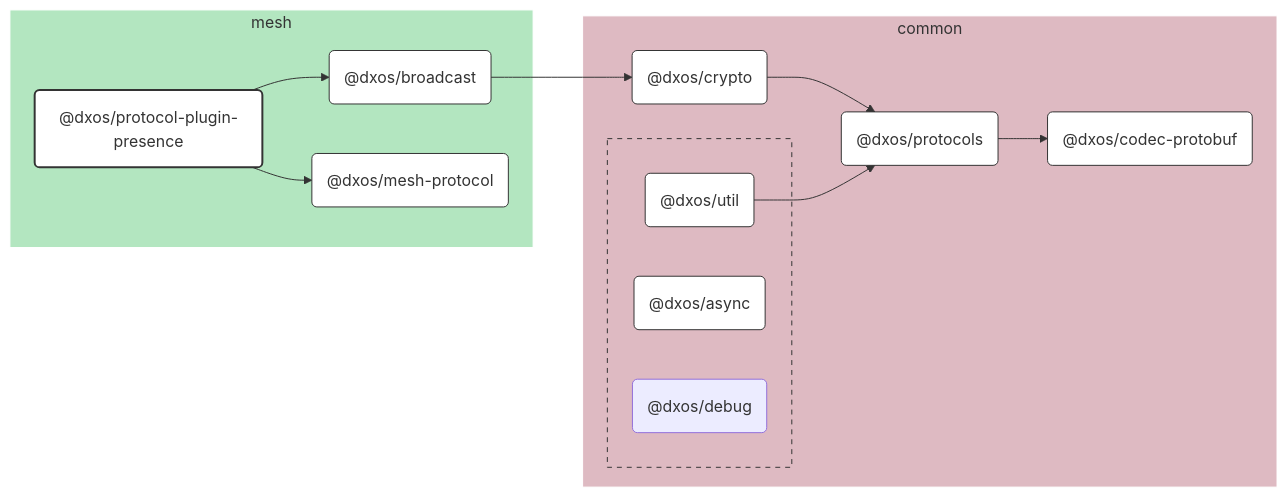
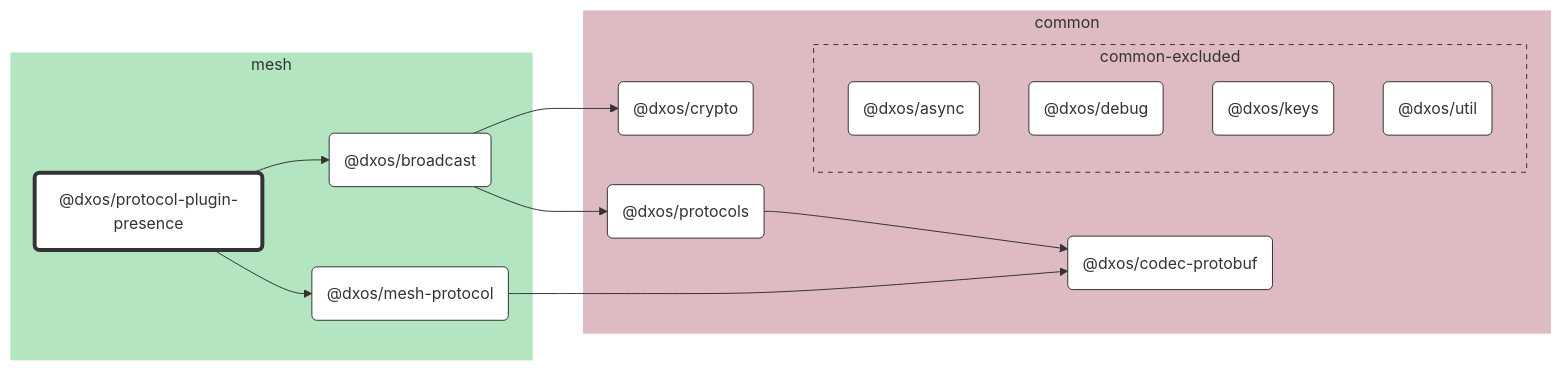
One commit to dxos/dxos changed the diagram in packages/mesh/protocol-plugin-presence/docs/README.md. Above: the diagram before and after it, drawn with Mermaid. The commit also changed other lines of this file and 683 other files, not shown here.

````diff
--- a/packages/mesh/protocol-plugin-presence/docs/README.md
+++ b/packages/mesh/protocol-plugin-presence/docs/README.md
@@ -7,63 +7,52 @@
 ```mermaid
 %%{ init: {'flowchart':{'curve':'basis'}} }%%
 
 flowchart LR
 
-%% Links
-dxos/broadcast --> dxos/crypto;
-dxos/crypto --> dxos/protocols;
-dxos/protocol-plugin-presence --> dxos/broadcast;
-dxos/protocol-plugin-presence --> dxos/mesh-protocol;
-dxos/protocols --> dxos/codec-protobuf;
-dxos/util --> dxos/protocols;
+%% Classes
+classDef def fill:#fff,stroke:#333,stroke-width:1px
+classDef root fill:#fff,stroke:#333,stroke-width:4px
 
-%% Sections
-subgraph mesh
-  style mesh fill:#b3e6c0,stroke:#fff;
+%% Nodes
 
-  dxos/broadcast("@dxos/broadcast")
-  dxos/mesh-protocol("@dxos/mesh-protocol")
-  dxos/protocol-plugin-presence("@dxos/protocol-plugin-presence")
+subgraph mesh [mesh]
+  style mesh fill:#b3e6c0,stroke:#fff
+  dxos/protocol-plugin-presence("@dxos/protocol-plugin-presence"):::root
+  click dxos/protocol-plugin-presence "dxos/dxos/tree/main/packages/mesh/protocol-plugin-presence/docs"
+  dxos/broadcast("@dxos/broadcast"):::def
+  click dxos/broadcast "dxos/dxos/tree/main/packages/mesh/broadcast/docs"
+  dxos/mesh-protocol("@dxos/mesh-protocol"):::def
+  click dxos/mesh-protocol "dxos/dxos/tree/main/packages/mesh/mesh-protocol/docs"
 end
 
-subgraph common
-  style common fill:#debac2,stroke:#fff;
+subgraph common [common]
+  style common fill:#debac2,stroke:#fff
+  dxos/codec-protobuf("@dxos/codec-protobuf"):::def
+  click dxos/codec-protobuf "dxos/dxos/tree/main/packages/common/codec-protobuf/docs"
+  dxos/crypto("@dxos/crypto"):::def
+  click dxos/crypto "dxos/dxos/tree/main/packages/common/crypto/docs"
+  dxos/protocols("@dxos/protocols"):::def
+  click dxos/protocols "dxos/dxos/tree/main/packages/common/protocols/docs"
 
-  dxos/codec-protobuf("@dxos/codec-protobuf")
-  dxos/crypto("@dxos/crypto")
-  dxos/protocols("@dxos/protocols")
-
-  subgraph common-excluded [ ]
-    style common-excluded fill:#debac2,stroke:#333,stroke-dasharray:5 5;
-
-    dxos/async("@dxos/async")
-    dxos/debug("@dxos/debug")
-    dxos/util("@dxos/util")
+  subgraph common-excluded [common-excluded]
+    style common-excluded fill:#debac2,stroke:#333,stroke-dasharray:5 5
+    dxos/async("@dxos/async"):::def
+    click dxos/async "dxos/dxos/tree/main/packages/common/async/docs"
+    dxos/debug("@dxos/debug"):::def
+    click dxos/debug "dxos/dxos/tree/main/packages/common/debug/docs"
+    dxos/keys("@dxos/keys"):::def
+    click dxos/keys "dxos/dxos/tree/main/packages/common/keys/docs"
+    dxos/util("@dxos/util"):::def
+    click dxos/util "dxos/dxos/tree/main/packages/common/util/docs"
   end
 end
 
-
-%% Hyperlinks
-click dxos/async "dxos/dxos/tree/main/packages/common/async/docs";
-click dxos/broadcast "dxos/dxos/tree/main/packages/mesh/broadcast/docs";
-click dxos/codec-protobuf "dxos/dxos/tree/main/packages/common/codec-protobuf/docs";
-click dxos/crypto "dxos/dxos/tree/main/packages/common/crypto/docs";
-click dxos/mesh-protocol "dxos/dxos/tree/main/packages/mesh/mesh-protocol/docs";
-click dxos/protocols "dxos/dxos/tree/main/packages/common/protocols/docs";
-click dxos/util "dxos/dxos/tree/main/packages/common/util/docs";
-
-%% Styles
-classDef rootNode fill:#fff,stroke:#333,stroke-width:2px
-classDef defaultNode fill:#fff,stroke:#333,stroke-width:1px
+%% Links
 linkStyle default stroke:#333,stroke-width:1px
-
-dxos/protocol-plugin-presence:::rootNode
-
-dxos/async:::defaultNode
-dxos/broadcast:::defaultNode
-dxos/codec-protobuf:::defaultNode
-dxos/crypto:::defaultNode
-dxos/mesh-protocol:::defaultNode
-dxos/protocols:::defaultNode
-dxos/util:::defaultNode
+dxos/protocol-plugin-presence --> dxos/broadcast
+dxos/broadcast --> dxos/crypto
+dxos/broadcast --> dxos/protocols
+dxos/protocols --> dxos/codec-protobuf
+dxos/protocol-plugin-presence --> dxos/mesh-protocol
+dxos/mesh-protocol --> dxos/codec-protobuf
 ```
````
